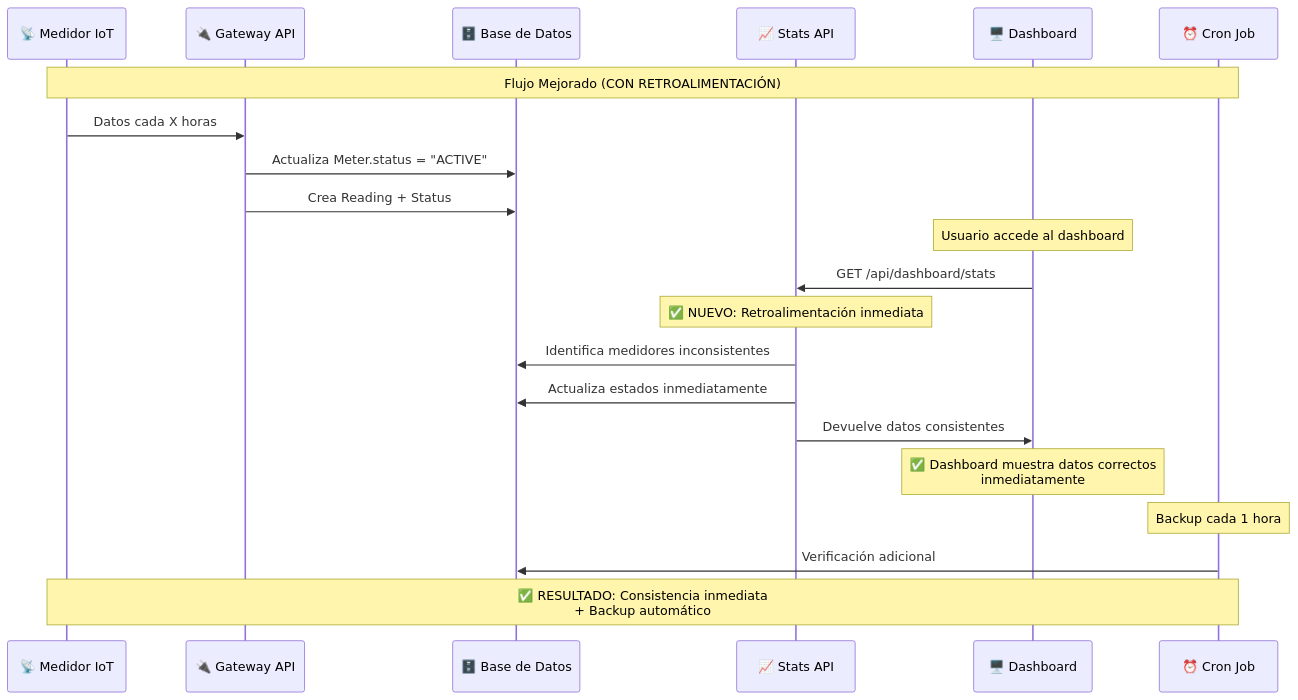
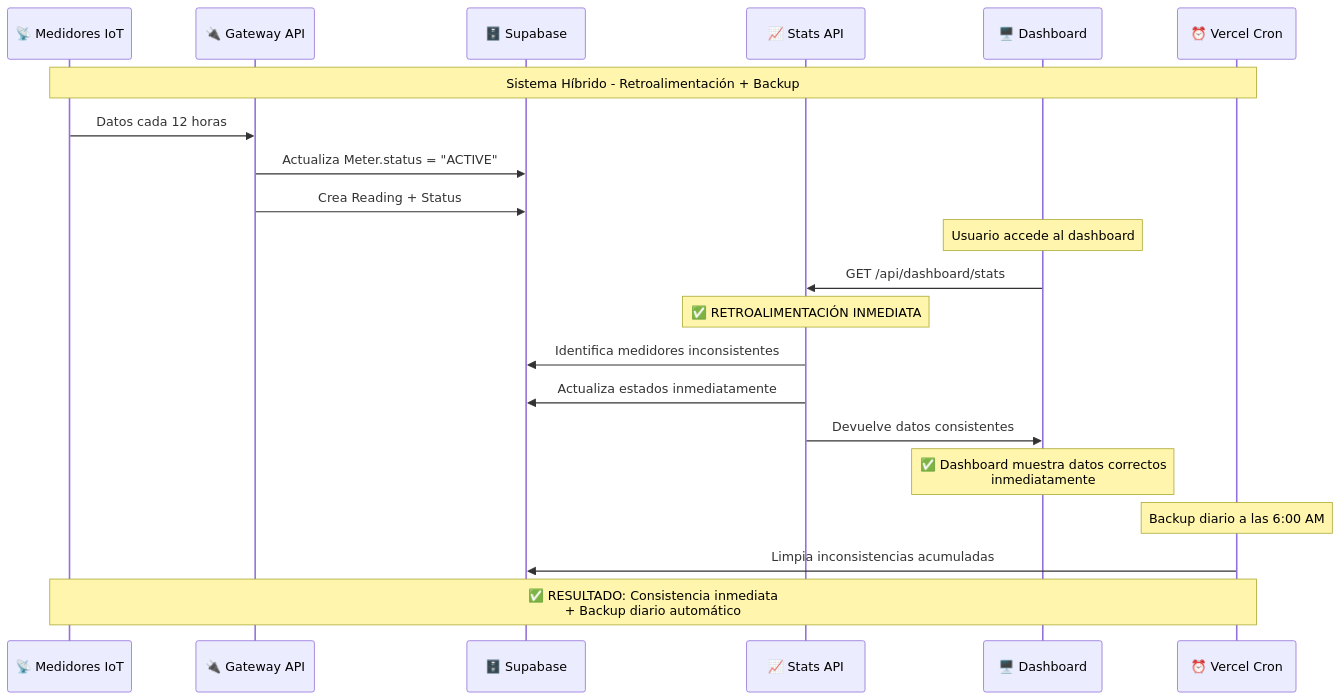
Before and after one commit to DevEcoWater/Ecowater: the second of 3 diagrams in docs/ECOSISTEMA_FINAL_MEJORADO.md, drawn with Mermaid. The commit also changed other lines of this file and 10 other files, not shown here.

Commit message:
docs: add ecosystem final docs (mermaid sources, images, explained guide)

````diff
--- a/docs/ECOSISTEMA_FINAL_MEJORADO.md
+++ b/docs/ECOSISTEMA_FINAL_MEJORADO.md
@@ -55,30 +55,30 @@
 ```mermaid
 sequenceDiagram
-    participant IoT as 📡 Medidor IoT
+    participant IoT as 📡 Medidores IoT
     participant Gateway as 🔌 Gateway API
-    participant DB as 🗄️ Base de Datos
+    participant DB as 🗄️ Supabase
     participant Stats as 📈 Stats API
     participant UI as 🖥️ Dashboard
-    participant Cron as ⏰ Cron Job
+    participant Cron as ⏰ Vercel Cron
 
-    Note over IoT,Cron: Flujo Mejorado (CON RETROALIMENTACIÓN)
+    Note over IoT,Cron: Sistema Híbrido - Retroalimentación + Backup
 
-    IoT->>Gateway: Datos cada X horas
+    IoT->>Gateway: Datos cada 12 horas
     Gateway->>DB: Actualiza Meter.status = "ACTIVE"
     Gateway->>DB: Crea Reading + Status
 
     Note over UI: Usuario accede al dashboard
     UI->>Stats: GET /api/dashboard/stats
 
-    Note over Stats: ✅ NUEVO: Retroalimentación inmediata
+    Note over Stats: ✅ RETROALIMENTACIÓN INMEDIATA
     Stats->>DB: Identifica medidores inconsistentes
     Stats->>DB: Actualiza estados inmediatamente
     Stats->>UI: Devuelve datos consistentes
 
     Note over UI: ✅ Dashboard muestra datos correctos<br/>inmediatamente
 
-    Note over Cron: Backup cada 1 hora
-    Cron->>DB: Verificación adicional
+    Note over Cron: Backup diario a las 6:00 AM
+    Cron->>DB: Limpia inconsistencias acumuladas
 
-    Note over IoT,Cron: ✅ RESULTADO: Consistencia inmediata<br/>+ Backup automático
+    Note over IoT,Cron: ✅ RESULTADO: Consistencia inmediata<br/>+ Backup diario automático
 ```
````
